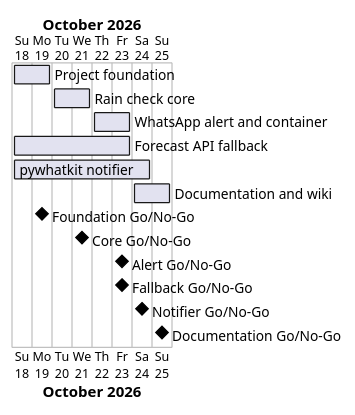
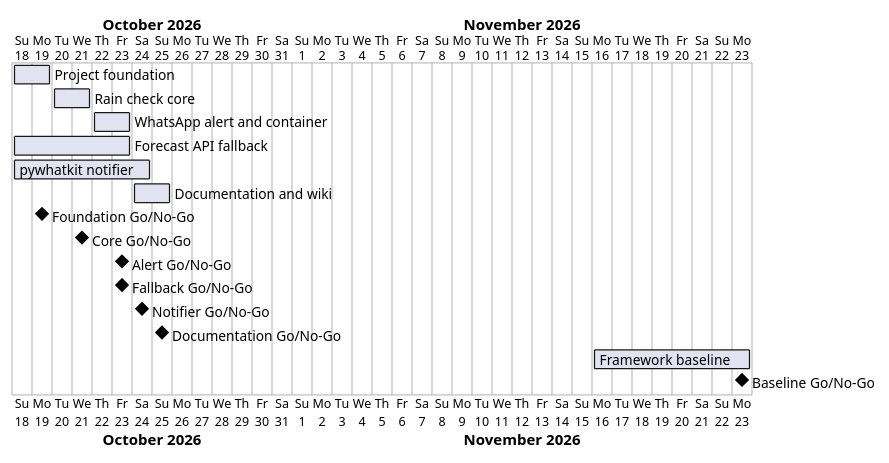
One commit to Tirsvad-Udemy-100-days-of-code/035-rain-alert changed the diagram in docs/project-plan.md. Above: the diagram before and after it, drawn with PlantUML. The commit also changed other lines of this file and 21 other files, not shown here.

First line of the commit message:
MIL-007 Framework baseline

````diff
--- a/docs/project-plan.md
+++ b/docs/project-plan.md
@@ -41,17 +44,19 @@
 ```plantuml
 @startgantt
 Project starts 2026-10-18
 [Project foundation] starts 2026-10-18 and ends 2026-10-19
 [Rain check core] starts 2026-10-20 and ends 2026-10-21
 [WhatsApp alert and container] starts 2026-10-22 and ends 2026-10-23
 [Forecast API fallback] starts 2026-10-18 and ends 2026-10-23
 [pywhatkit notifier] starts 2026-10-18 and ends 2026-10-24
 [Documentation and wiki] starts 2026-10-24 and ends 2026-10-25
 [Foundation Go/No-Go] happens 2026-10-19
 [Core Go/No-Go] happens 2026-10-21
 [Alert Go/No-Go] happens 2026-10-23
 [Fallback Go/No-Go] happens 2026-10-23
 [Notifier Go/No-Go] happens 2026-10-24
 [Documentation Go/No-Go] happens 2026-10-25
+[Framework baseline] starts 2026-11-16 and ends 2026-11-23
+[Baseline Go/No-Go] happens 2026-11-23
 @endgantt
 ```
````
